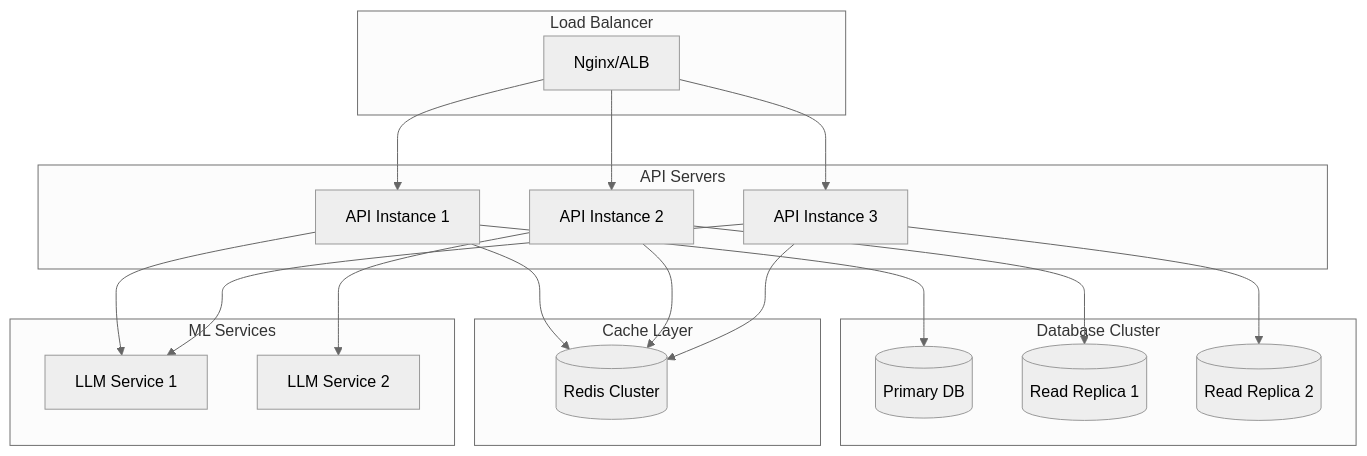
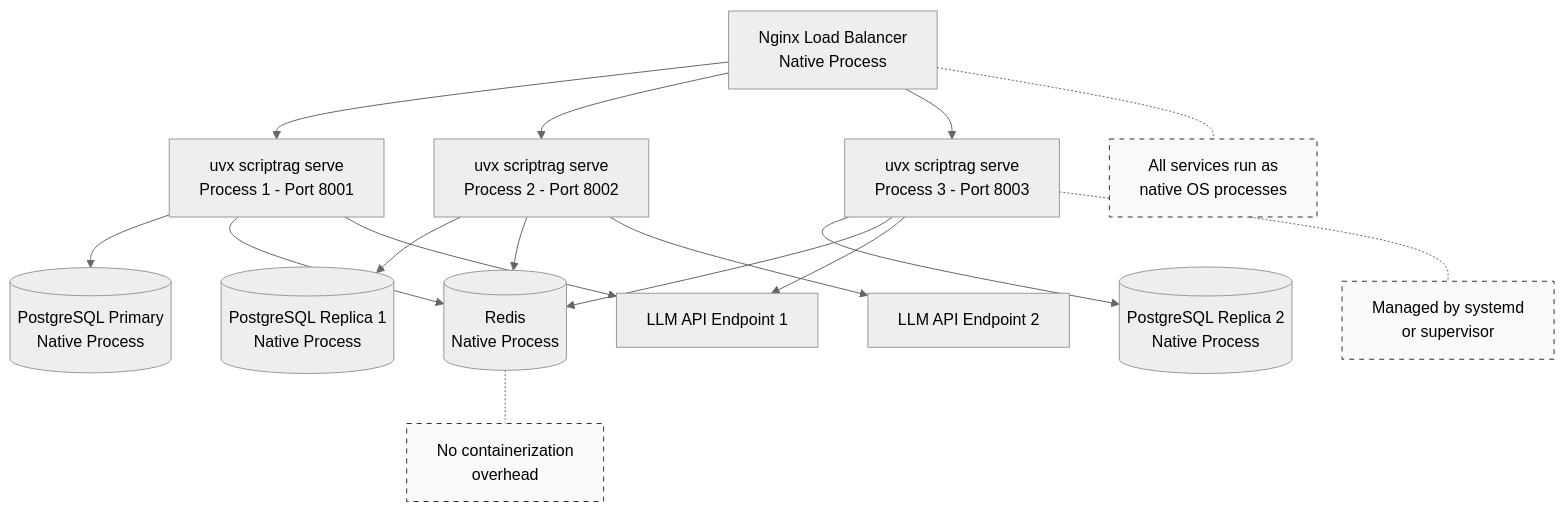
Diagram 11 of 14 in docs/architecture.md (trieloff/scriptrag), drawn with Mermaid (neutral theme) before and after one commit.

Commit message:
Fix architecture diagram to show native processes instead of containers
- Remove subgraph container notation from deployment diagram
- Explicitly label all components as native processes
- Show uvx scriptrag serve commands for API instances
- Add annotations emphasizing no containerization overhead
- Align diagram with TO-NEVER-DO.md container policy

🤖 Generated with [Claude Code](https://claude.ai/code)

````diff
--- a/docs/architecture.md
+++ b/docs/architecture.md
@@ -404,43 +404,48 @@
 ```mermaid
 graph TB
-    subgraph "Load Balancer"
-        LB[Nginx/ALB]
-    end
+    %% Native Process Architecture - No Containers
 
-    subgraph "API Servers"
-        API1[API Instance 1]
-        API2[API Instance 2]
-        API3[API Instance 3]
-    end
+    LB[Nginx Load Balancer<br/>Native Process]
 
-    subgraph "Database Cluster"
-        PRIMARY[(Primary DB)]
-        REPLICA1[(Read Replica 1)]
-        REPLICA2[(Read Replica 2)]
-    end
+    %% ScriptRAG Processes (managed by systemd/supervisor)
+    API1[uvx scriptrag serve<br/>Process 1 - Port 8001]
+    API2[uvx scriptrag serve<br/>Process 2 - Port 8002]
+    API3[uvx scriptrag serve<br/>Process 3 - Port 8003]
 
-    subgraph "Cache Layer"
-        REDIS[(Redis Cluster)]
-    end
+    %% Database (native PostgreSQL installation)
+    PRIMARY[(PostgreSQL Primary<br/>Native Process)]
+    REPLICA1[(PostgreSQL Replica 1<br/>Native Process)]
+    REPLICA2[(PostgreSQL Replica 2<br/>Native Process)]
 
-    subgraph "ML Services"
-        LLM1[LLM Service 1]
-        LLM2[LLM Service 2]
-    end
+    %% Cache (native Redis installation)
+    REDIS[(Redis<br/>Native Process)]
+
+    %% LLM Services (external APIs or local processes)
+    LLM1[LLM API Endpoint 1]
+    LLM2[LLM API Endpoint 2]
 
     LB --> API1
     LB --> API2
     LB --> API3
 
     API1 --> PRIMARY
     API2 --> REPLICA1
     API3 --> REPLICA2
 
     API1 --> REDIS
     API2 --> REDIS
     API3 --> REDIS
 
     API1 --> LLM1
     API2 --> LLM2
     API3 --> LLM1
+
+    %% Annotations
+    LB -.- NOTE1[All services run as<br/>native OS processes]
+    API3 -.- NOTE2[Managed by systemd<br/>or supervisor]
+    REDIS -.- NOTE3[No containerization<br/>overhead]
+
+    style NOTE1 fill:#f9f9f9,stroke:#333,stroke-dasharray: 5 5
+    style NOTE2 fill:#f9f9f9,stroke:#333,stroke-dasharray: 5 5
+    style NOTE3 fill:#f9f9f9,stroke:#333,stroke-dasharray: 5 5
 ```
````
